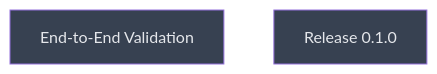
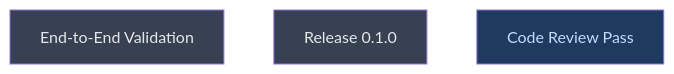
Before and after one commit to CrackingShells/colgrep-mcp: the diagram in __roadmap__/colgrep_mcp/build/tools/integrate/verify/README.md, drawn with Mermaid. The commit also changed other lines of this file and 1 other file, not shown here.

First line of the commit message:
docs(roadmap): amend verify level with a code review pass

````diff
--- a/__roadmap__/colgrep_mcp/build/tools/integrate/verify/README.md
+++ b/__roadmap__/colgrep_mcp/build/tools/integrate/verify/README.md
@@ -17,10 +17,11 @@
 ```mermaid
 graph TD
     e2e_validation[End-to-End Validation]:::planned
     release_0_1_0[Release 0.1.0]:::planned
+    code_review[Code Review Pass]:::amendment
     classDef done       fill:#166534,color:#bbf7d0
     classDef inprogress fill:#854d0e,color:#fef08a
     classDef planned    fill:#374151,color:#e5e7eb
     classDef amendment  fill:#1e3a5f,color:#bfdbfe
     classDef blocked    fill:#7f1d1d,color:#fecaca
 ```
````
